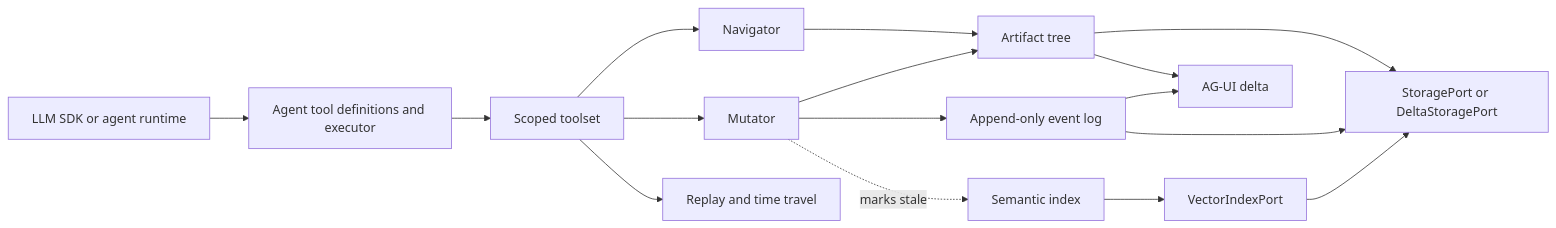
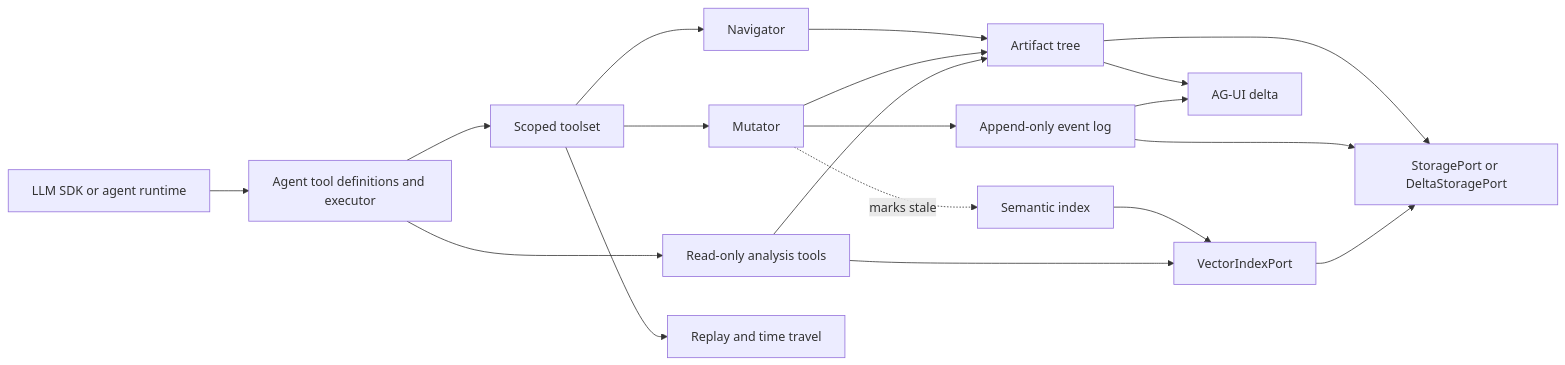
Before and after one commit to AnshiLeFlay/arborkit: the diagram in docs/architecture.md, drawn with Mermaid. The commit also changed other lines of this file and 26 other files, not shown here.

````diff
--- a/docs/architecture.md
+++ b/docs/architecture.md
@@ -6,18 +6,21 @@
 ```mermaid
 flowchart LR
   Runtime[LLM SDK or agent runtime] --> Bridge[Agent tool definitions and executor]
   Bridge --> Toolset[Scoped toolset]
+  Bridge --> Analysis[Read-only analysis tools]
   Toolset --> Navigator[Navigator]
   Toolset --> Mutator[Mutator]
   Toolset --> Replay[Replay and time travel]
   Navigator --> Tree[Artifact tree]
   Mutator --> Tree
   Mutator --> Log[Append-only event log]
   Mutator -. marks stale .-> Semantic[Semantic index]
   Semantic --> Vectors[VectorIndexPort]
+  Analysis --> Vectors
+  Analysis --> Tree
   Tree --> Persistence[StoragePort or DeltaStoragePort]
   Log --> Persistence
   Vectors --> Persistence
   Tree --> AGUI[AG-UI snapshot]
   Log --> AGUI[AG-UI delta]
 ```
````
